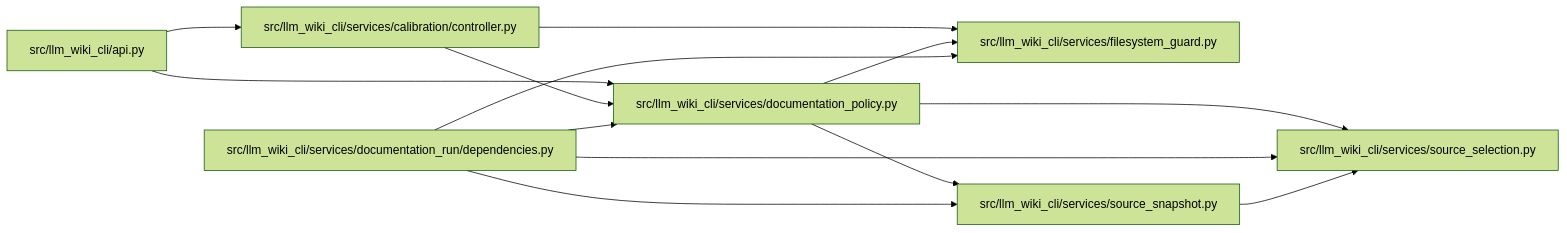
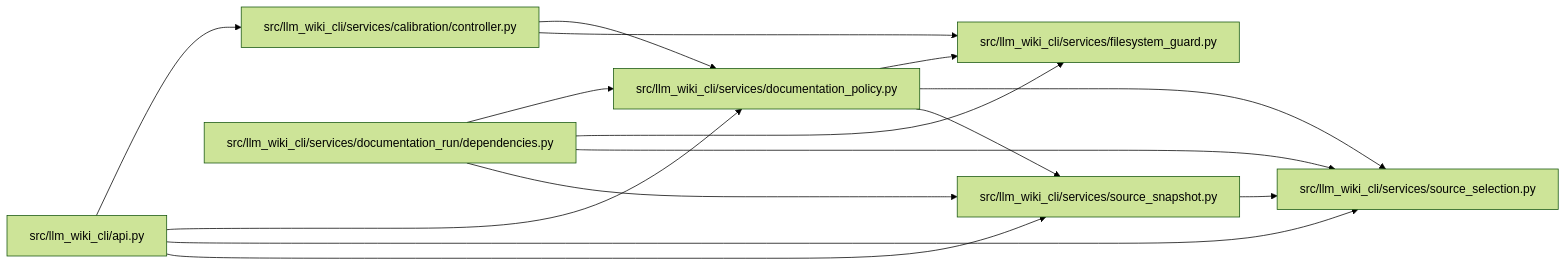
The diagram in docs/llm_wiki/modules/documentation_policy.md (Denissvgn/python-wiki-llm), drawn with Mermaid (forest theme) before and after one commit. The commit also changed 398 other files, not shown here.

````diff
--- a/docs/llm_wiki/modules/documentation_policy.md
+++ b/docs/llm_wiki/modules/documentation_policy.md
@@ -34,29 +34,31 @@
 ```mermaid
 flowchart LR
     n0["src/llm_wiki_cli/api.py"]
     n1["src/llm_wiki_cli/services/calibration/controller.py"]
     n2["src/llm_wiki_cli/services/documentation_policy.py"]
     n3["src/llm_wiki_cli/services/documentation_run/dependencies.py"]
     n4["src/llm_wiki_cli/services/filesystem_guard.py"]
     n5["src/llm_wiki_cli/services/source_selection.py"]
     n6["src/llm_wiki_cli/services/source_snapshot.py"]
     n0 --> n1
     n0 --> n2
+    n0 --> n5
+    n0 --> n6
     n1 --> n2
     n1 --> n4
     n2 --> n4
     n2 --> n5
     n2 --> n6
     n3 --> n2
     n3 --> n4
     n3 --> n5
     n3 --> n6
     n6 --> n5
     click n0 "../modules/api.md"
     click n1 "../modules/controller.md"
     click n2 "../modules/documentation_policy.md"
     click n3 "../modules/documentation_run_dependencies.md"
     click n4 "../modules/filesystem_guard.md"
     click n5 "../modules/source_selection.md"
     click n6 "../modules/source_snapshot.md"
 ```
````
